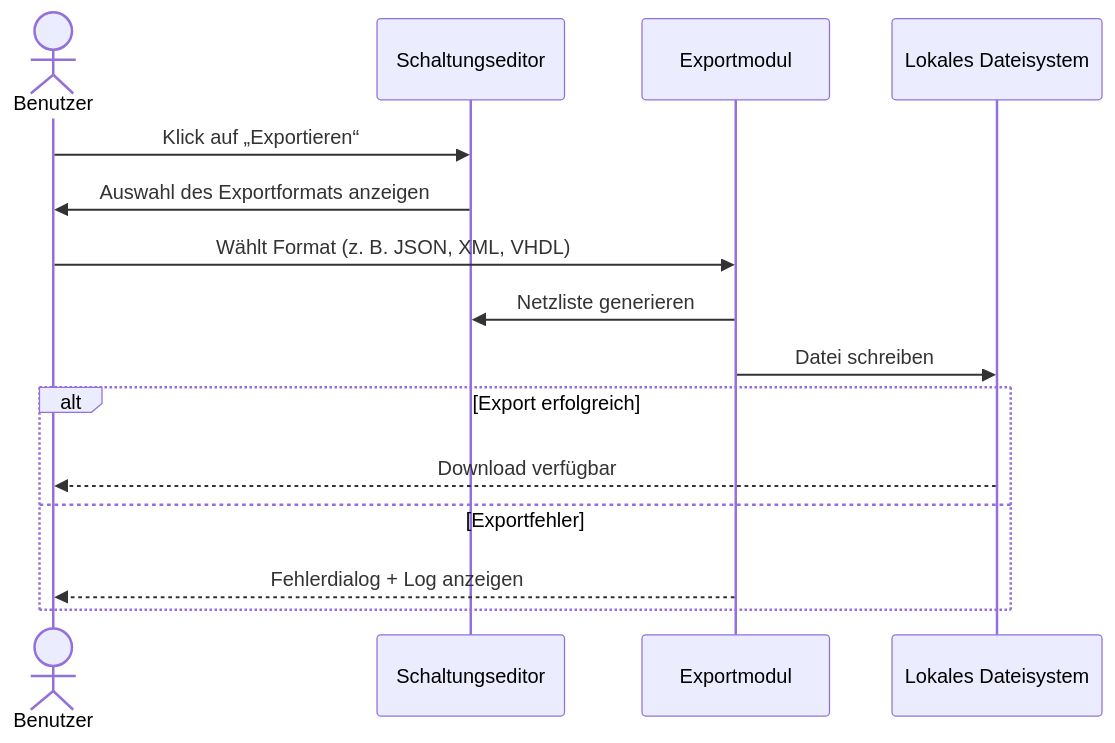
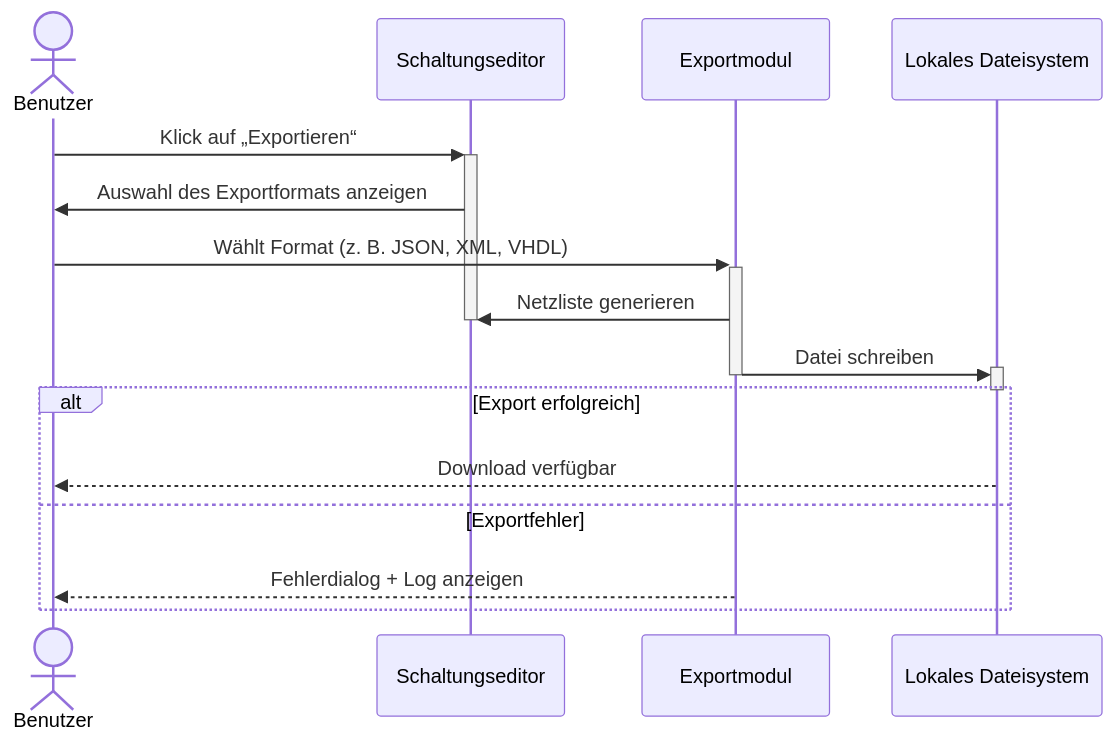
The fifth of 22 diagrams in docs/use_cases/software_requirements_specification.md (SimonJ2222/BitFlow), drawn with Mermaid before and after one commit. The commit also changed other lines of this file, not shown here.

Commit message:
Added activations and deactivations to all Sequence Diagrams

````diff
--- a/docs/use_cases/software_requirements_specification.md
+++ b/docs/use_cases/software_requirements_specification.md
@@ -288,19 +289,22 @@
 ```mermaid
 sequenceDiagram
     actor Benutzer
     participant Editor as Schaltungseditor
     participant Exporter as Exportmodul
     participant DateiSystem as Lokales Dateisystem
 
-    Benutzer ->> Editor: Klick auf „Exportieren“
+    Benutzer ->>+ Editor: Klick auf „Exportieren“
     Editor ->> Benutzer: Auswahl des Exportformats anzeigen
-    Benutzer ->> Exporter: Wählt Format (z. B. JSON, XML, VHDL)
+    Benutzer ->>+ Exporter: Wählt Format (z. B. JSON, XML, VHDL)
     Exporter ->> Editor: Netzliste generieren
-    Exporter ->> DateiSystem: Datei schreiben
+    deactivate Editor
+    Exporter ->>+ DateiSystem: Datei schreiben
+    deactivate Exporter
+    deactivate DateiSystem
     alt Export erfolgreich
         DateiSystem -->> Benutzer: Download verfügbar
     else Exportfehler
         Exporter -->> Benutzer: Fehlerdialog + Log anzeigen
     end
 
 ```
````
